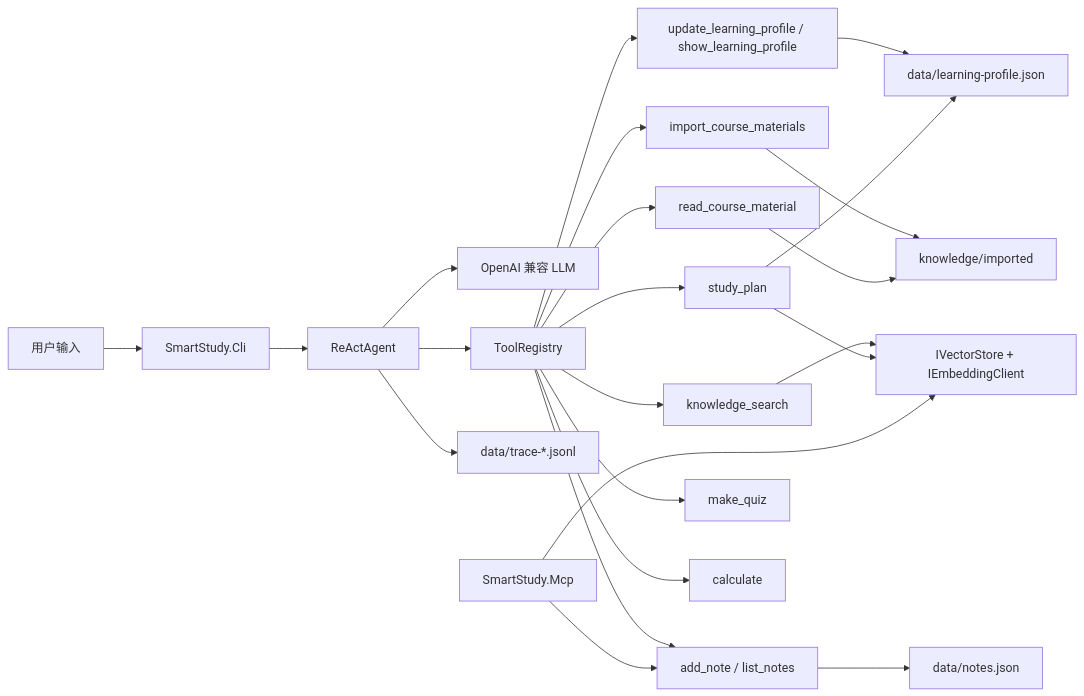
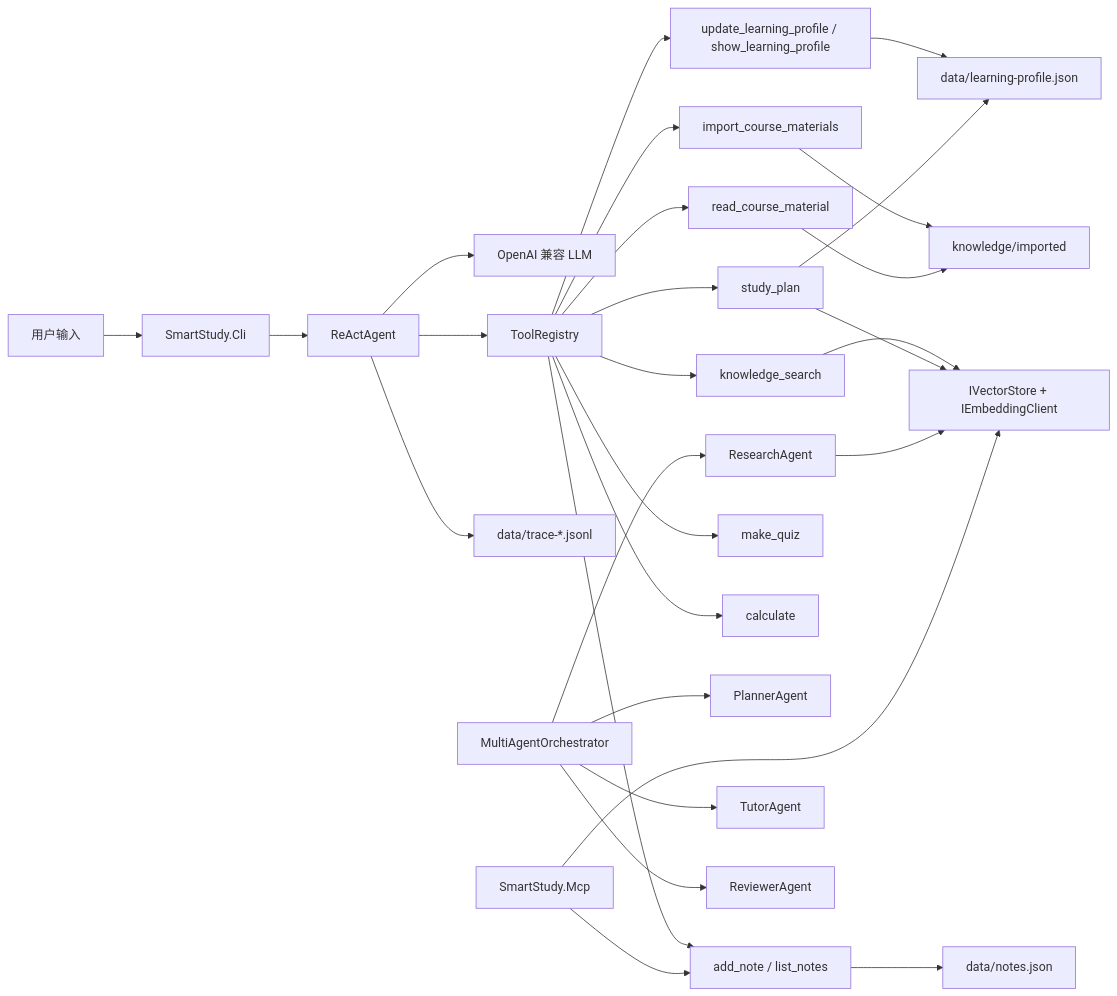
Before and after one commit to magicianaa/dotnet_final_work: the diagram in README.md, drawn with Mermaid. The commit also changed other lines of this file and 5 other files, not shown here.

````diff
--- a/README.md
+++ b/README.md
@@ -31,28 +32,34 @@
 ```mermaid
 flowchart LR
     U["用户输入"] --> CLI["SmartStudy.Cli"]
     CLI --> Agent["ReActAgent"]
     Agent --> LLM["OpenAI 兼容 LLM"]
     Agent --> Registry["ToolRegistry"]
 
     Registry --> KS["knowledge_search"]
     Registry --> Read["read_course_material"]
     Registry --> Import["import_course_materials"]
     Registry --> Notes["add_note / list_notes"]
     Registry --> Profile["update_learning_profile / show_learning_profile"]
     Registry --> Plan["study_plan"]
     Registry --> Quiz["make_quiz"]
     Registry --> Calc["calculate"]
 
     KS --> RAG["IVectorStore + IEmbeddingClient"]
     Import --> Imported["knowledge/imported"]
     Read --> Imported
     Notes --> NoteFile["data/notes.json"]
     Profile --> ProfileFile["data/learning-profile.json"]
     Plan --> ProfileFile
     Plan --> RAG
-    Agent --> Trace["data/trace-*.jsonl"]
+Agent --> Trace["data/trace-*.jsonl"]
+
+    Multi["MultiAgentOrchestrator"] --> Planner["PlannerAgent"]
+    Multi --> Researcher["ResearchAgent"]
+    Multi --> Tutor["TutorAgent"]
+    Multi --> Reviewer["ReviewerAgent"]
+    Researcher --> RAG
 
     MCP["SmartStudy.Mcp"] --> Notes
     MCP --> RAG
 ```
````
